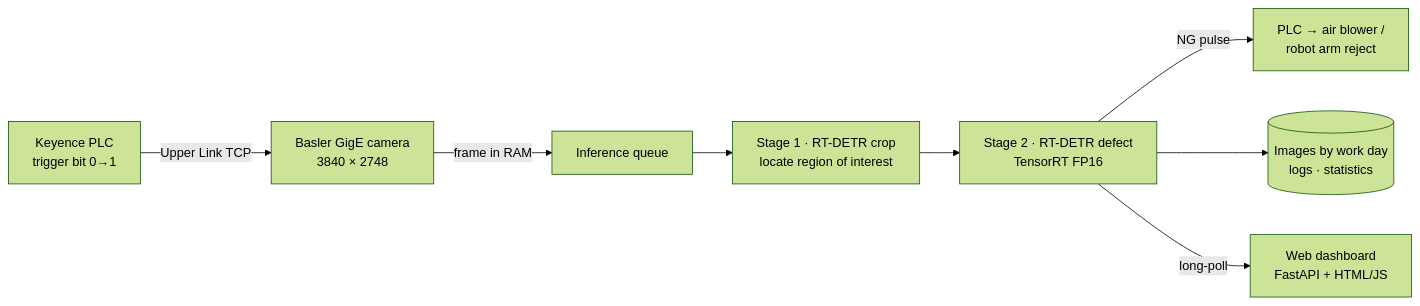
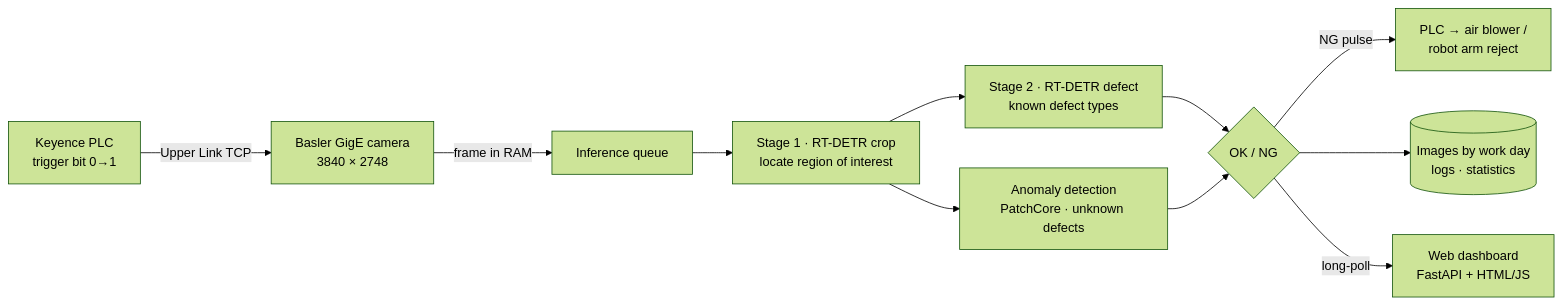
The first of 2 diagrams in README.md (LinhNhat07/Industrial-AI-Visual-Inspection-System), drawn with Mermaid (forest theme) before and after one commit. The commit also changed other lines of this file, not shown here.

Commit message:
Add Basler cameras, YOLO/RTMDet/RT-DETR for label inspection, PatchCore anomaly detection for appearance inspection

````diff
--- a/README.md
+++ b/README.md
@@ -44,10 +44,13 @@
 ```mermaid
 flowchart LR
     PLCIN[Keyence PLC<br/>trigger bit 0→1] -->|Upper Link TCP| CAM[Basler GigE camera<br/>3840 × 2748]
     CAM -->|frame in RAM| Q[Inference queue]
     Q --> S1[Stage 1 · RT-DETR crop<br/>locate region of interest]
-    S1 --> S2[Stage 2 · RT-DETR defect<br/>TensorRT FP16]
-    S2 -- NG pulse --> PLCOUT[PLC → air blower /<br/>robot arm reject]
-    S2 --> STORE[(Images by work day<br/>logs · statistics)]
-    S2 -->|long-poll| UI[Web dashboard<br/>FastAPI + HTML/JS]
+    S1 --> S2[Stage 2 · RT-DETR defect<br/>known defect types]
+    S1 --> AN[Anomaly detection<br/>PatchCore · unknown defects]
+    S2 --> J{OK / NG}
+    AN --> J
+    J -- NG pulse --> PLCOUT[PLC → air blower /<br/>robot arm reject]
+    J --> STORE[(Images by work day<br/>logs · statistics)]
+    J -->|long-poll| UI[Web dashboard<br/>FastAPI + HTML/JS]
 ```
````
